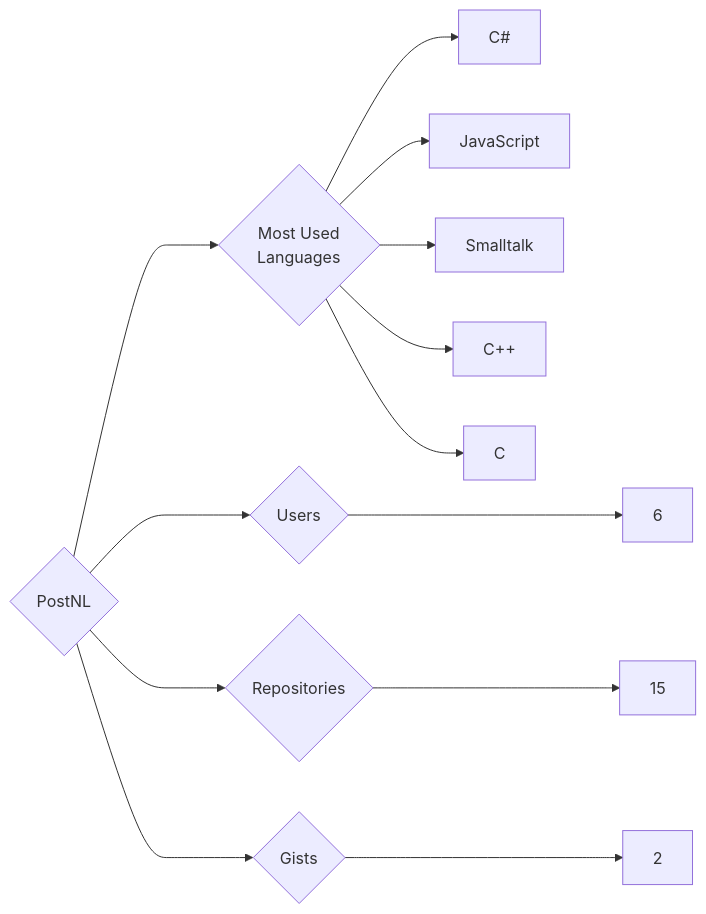
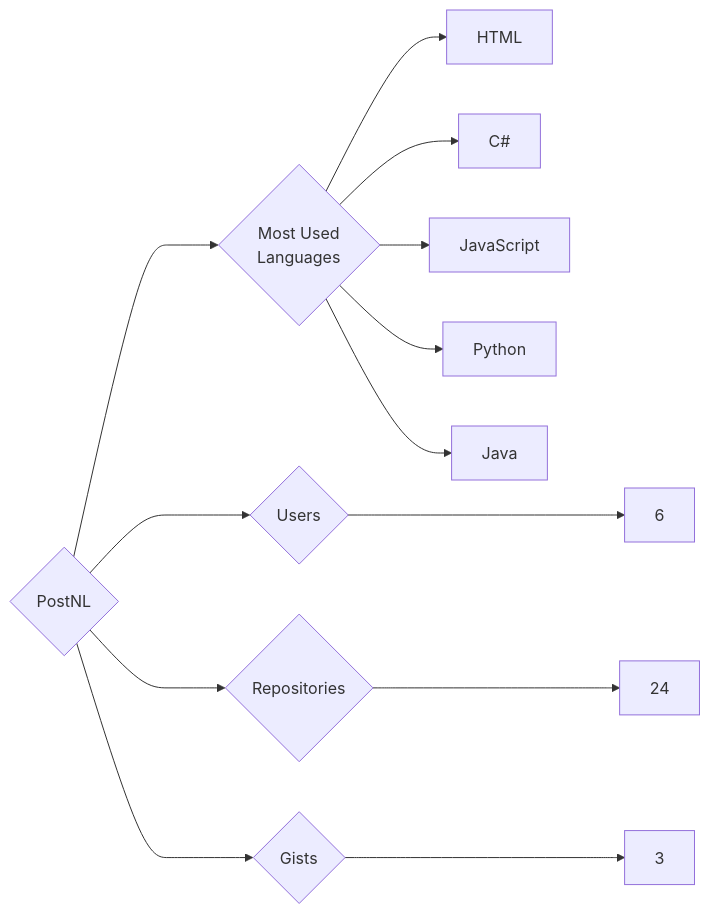
The diagram in targets/PostNL/README.md (trickest/insiders), drawn with Mermaid before and after one commit. The commit also changed 928 other files, not shown here.

````diff
--- a/targets/PostNL/README.md
+++ b/targets/PostNL/README.md
@@ -3,13 +3,13 @@
 ```mermaid
 graph LR
 COMPANY_NAME{PostNL}
 COMPANY_NAME ---> U{Users} ---> UN[6]
-COMPANY_NAME ---> R{Repositories} ---> RN[15]
-COMPANY_NAME ---> G{Gists} ---> GN[2]
+COMPANY_NAME ---> R{Repositories} ---> RN[24]
+COMPANY_NAME ---> G{Gists} ---> GN[3]
 COMPANY_NAME ---> ML{Most Used<br>Languages}
+ML --> HTML[HTML]
 ML --> C#[C#]
 ML --> JavaScript[JavaScript]
-ML --> Smalltalk[Smalltalk]
-ML --> C++[C++]
-ML --> C[C]
+ML --> Python[Python]
+ML --> Java[Java]
 ```
````
